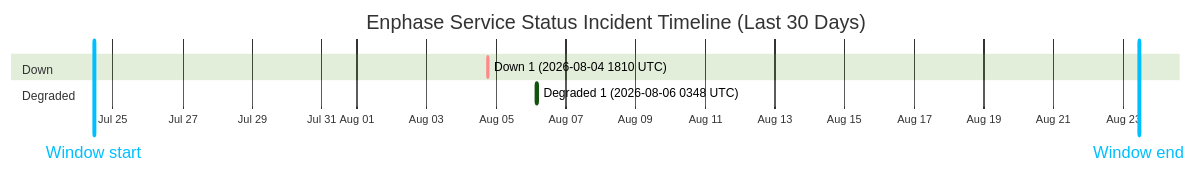
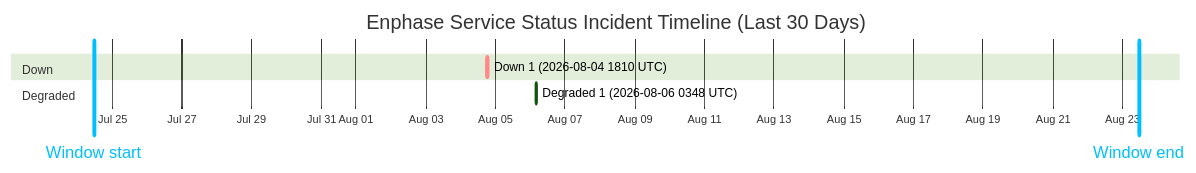
One commit to barneyonline/ha-enphase-energy changed the diagram in wiki/Service-Status-History.md. Above: the diagram before and after it, drawn with Mermaid (forest theme). The commit also changed other lines of this file and 3 other files, not shown here.

````diff
--- a/wiki/Service-Status-History.md
+++ b/wiki/Service-Status-History.md
@@ -14,12 +14,12 @@
 ```mermaid
 gantt
     title Enphase Service Status Incident Timeline (Last 30 Days)
     dateFormat  YYYY-MM-DDTHH:mm:ss
     axisFormat  %b %d
-    Window start :vert, window-start, 2026-07-24T10:49:31, 0ms
-    Window end :vert, window-end, 2026-08-23T10:49:31, 0ms
+    Window start :vert, window-start, 2026-07-24T11:19:00, 0ms
+    Window end :vert, window-end, 2026-08-23T11:19:00, 0ms
     section Down
     Down 1 (2026-08-04 1810 UTC) :crit, down-1, 2026-08-04T18:10:46, 60m
     section Degraded
     Degraded 1 (2026-08-06 0348 UTC) :active, degraded-1, 2026-08-06T03:48:14, 60m
 ```
````
